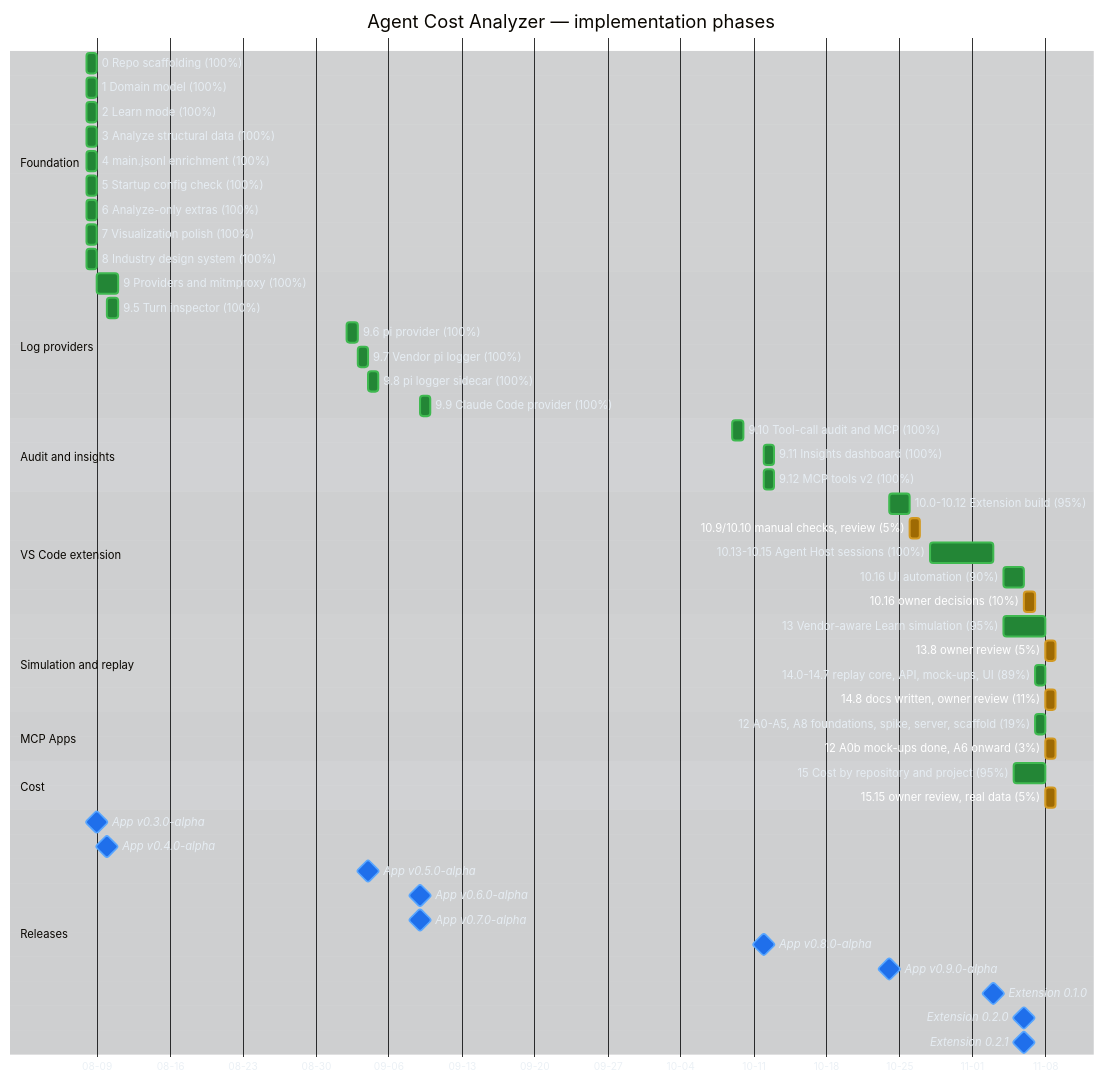
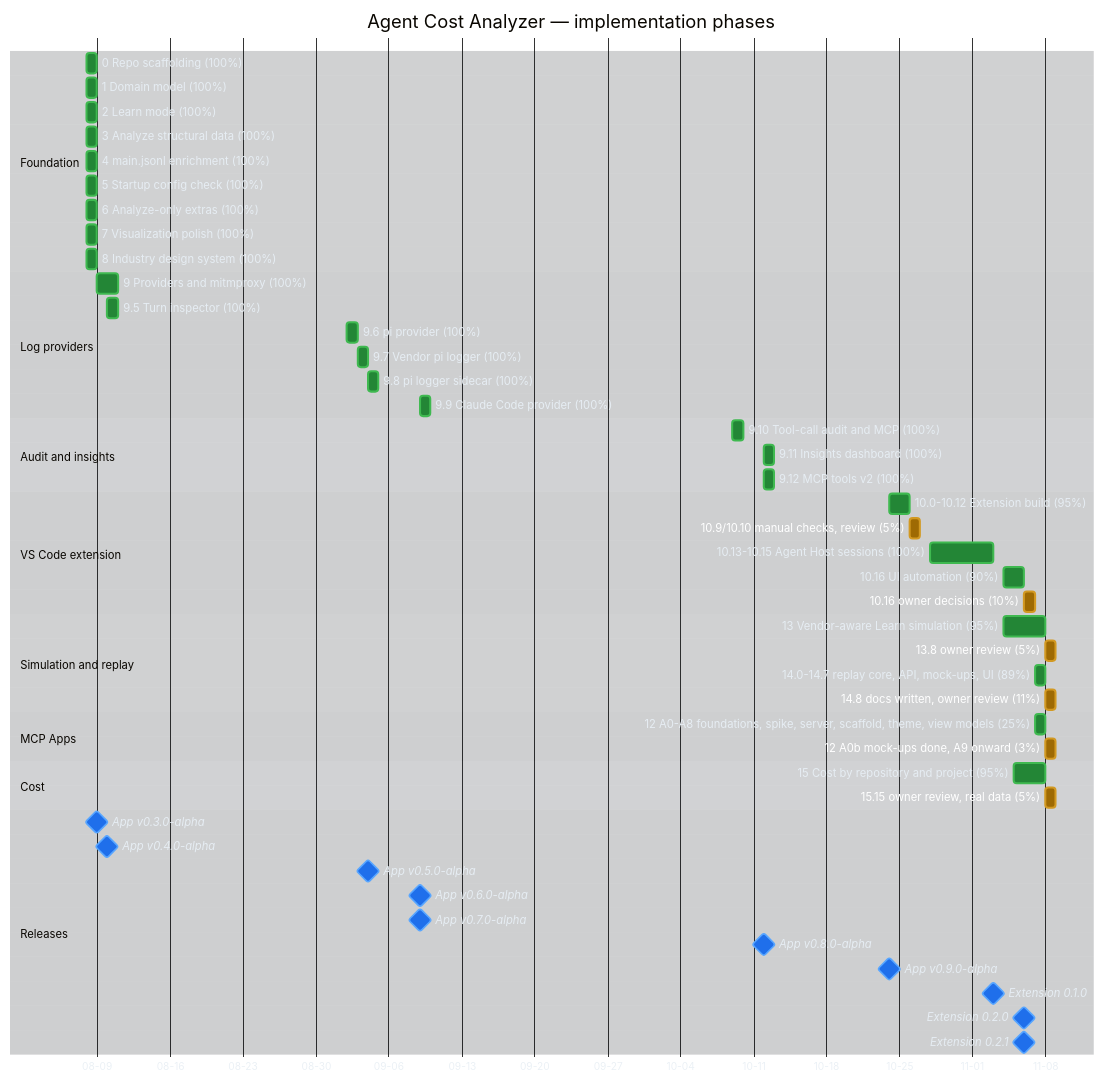
Before and after one commit to raulkivi/agent-cost-analyzer: the first of 3 diagrams in docs/implementation-plan-gantt.md, drawn with Mermaid. The commit also changed other lines of this file and 29 other files, not shown here.

First line of the commit message:
Phase 12 A6 + A7: MCP App theme layering and view models (#184)

```diff
--- a/docs/implementation-plan-gantt.md
+++ b/docs/implementation-plan-gantt.md
@@ -75,8 +75,8 @@
     14.8 docs written, owner review (11%)  :active, p14r, after p14, 1d
 
     section MCP Apps
-    12 A0-A5, A8 foundations, spike, server, scaffold (19%) :done, p12a, 2026-11-07, 1d
-    12 A0b mock-ups done, A6 onward (3%) :active, p12b, after p12a, 1d
+    12 A0-A8 foundations, spike, server, scaffold, theme, view models (25%) :done, p12a, 2026-11-07, 1d
+    12 A0b mock-ups done, A9 onward (3%) :active, p12b, after p12a, 1d
 
     section Cost
     15 Cost by repository and project (95%) :done, p15, 2026-11-05, 3d
```
